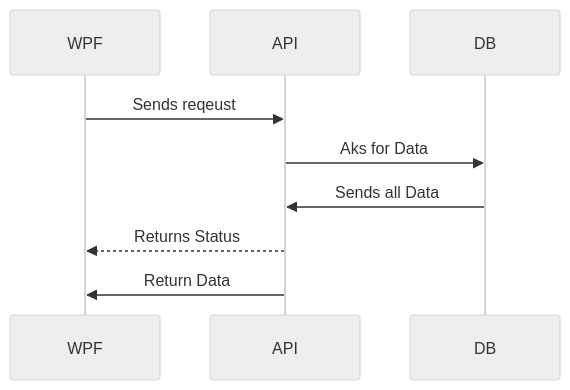
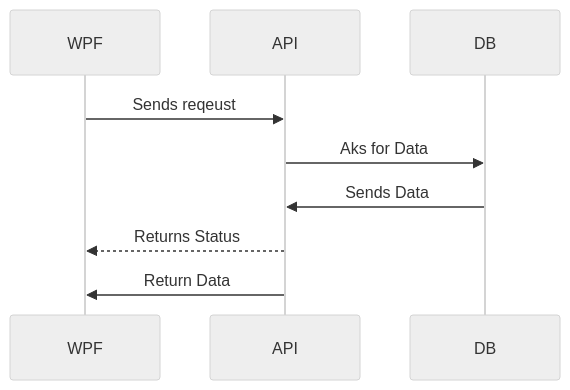
The second of 5 diagrams in README.md (ThisIsCed/CSGO-TEAM-API), drawn with Mermaid (neutral theme) before and after one commit. The commit also changed other lines of this file and 5 other files, not shown here.

````diff
--- a/README.md
+++ b/README.md
@@ -112,8 +112,8 @@
 ```mermaid
 sequenceDiagram
 WPF->> API: Sends reqeust
 API->> DB: Aks for Data
-DB ->> API: Sends all Data
+DB ->> API: Sends Data
 API -->> WPF: Returns Status
 API ->> WPF: Return Data
 ```
````
